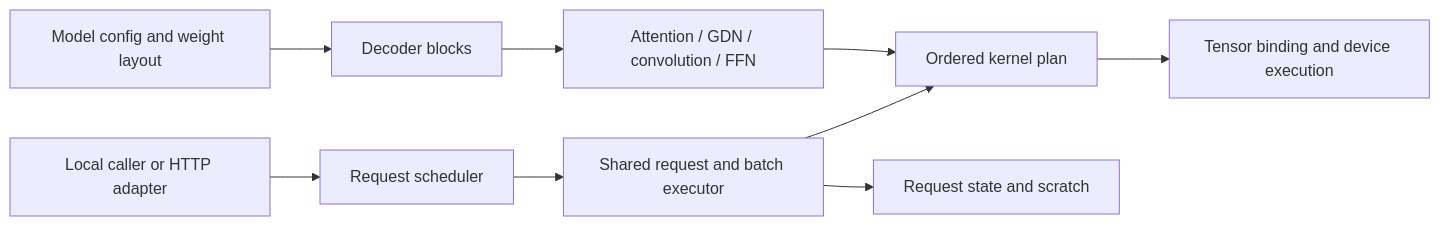
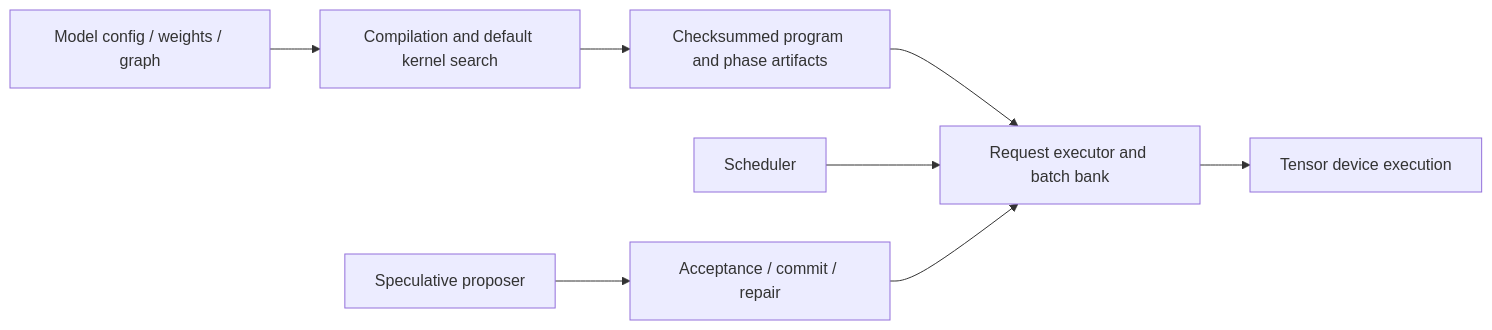
One commit to kreasof-ai/akas changed the diagram in docs/architecture.md. Above: the diagram before and after it, drawn with Mermaid. The commit also changed other lines of this file and 321 other files, not shown here.

Commit message:
Checkpoint unified graph compilation and execution migration

````diff
--- a/docs/architecture.md
+++ b/docs/architecture.md
@@ -8,11 +8,10 @@
 ```mermaid
 flowchart LR
-    Definition[Model config and weight layout] --> Blocks[Decoder blocks]
-    Blocks --> Operations[Attention / GDN / convolution / FFN]
-    Operations --> Plan[Ordered kernel plan]
-    Caller[Local caller or HTTP adapter] --> Scheduler[Request scheduler]
-    Scheduler --> Execution[Shared request and batch executor]
-    Execution --> Plan
-    Execution --> State[Request state and scratch]
-    Plan --> Tensor[Tensor binding and device execution]
+    Model[Model config / weights / graph] --> Compile[Compilation and default kernel search]
+    Compile --> Program[Checksummed program and phase artifacts]
+    Program --> Executor[Request executor and batch bank]
+    Scheduler[Scheduler] --> Executor
+    Executor --> Tensor[Tensor device execution]
+    Head[Speculative proposer] --> Generation[Acceptance / commit / repair]
+    Generation --> Executor
 ```
````
